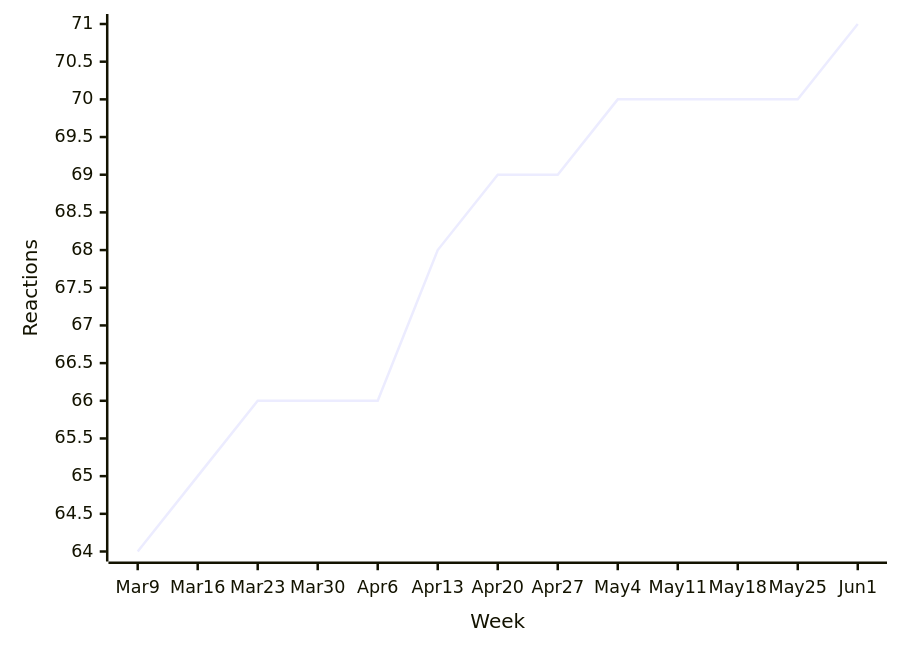
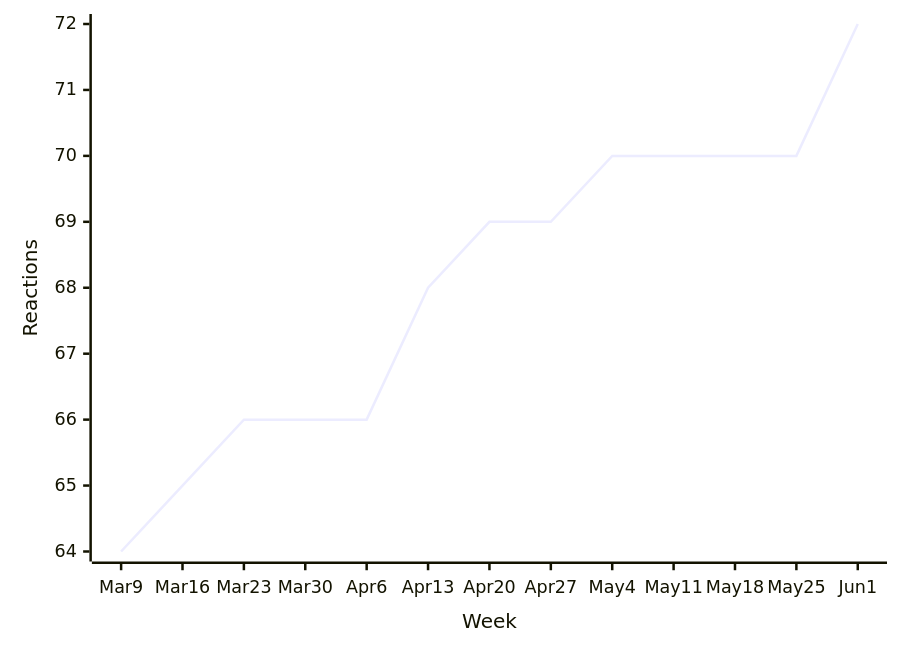
One commit to loic-sharma/github-insights changed diagram 13 of 44 in README.md. Above: the diagram before and after it, drawn with Mermaid. The commit also changed other lines of this file and 3 other files, not shown here.

````diff
--- a/README.md
+++ b/README.md
@@ -543,6 +543,6 @@
   ```mermaid
   xychart-beta
     x-axis "Week" [Mar 9, Mar 16, Mar 23, Mar 30, Apr 6, Apr 13, Apr 20, Apr 27, May 4, May 11, May 18, May 25, Jun 1]
     y-axis "Reactions"
-    line [64, 65, 66, 66, 66, 68, 69, 69, 70, 70, 70, 70, 71]
+    line [64, 65, 66, 66, 66, 68, 69, 69, 70, 70, 70, 70, 72]
   ```
````
